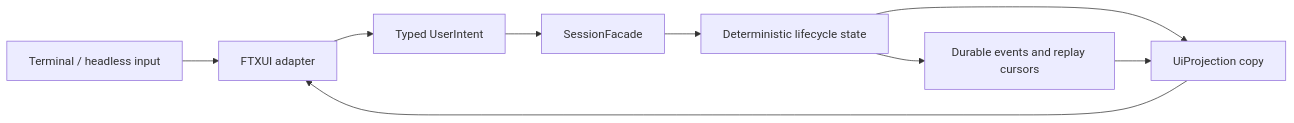
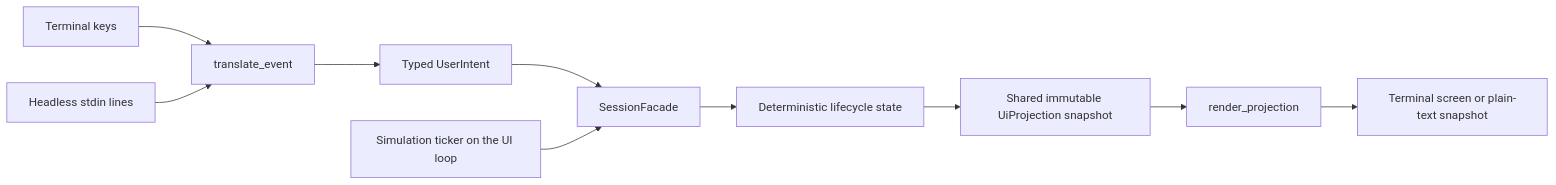
Before and after one commit to eliziario/bernstein: the diagram in docs/tui-results.md, drawn with Mermaid. The commit also changed other lines of this file and 19 other files, not shown here.

Commit message:
Apply TUI review fixes and shared projection snapshots

````diff
--- a/docs/tui-results.md
+++ b/docs/tui-results.md
@@ -13,11 +15,12 @@
 ```mermaid
 flowchart LR
-    Terminal[Terminal / headless input] --> Adapter[FTXUI adapter]
-    Adapter --> Intent[Typed UserIntent]
+    Terminal[Terminal keys] --> Translate[translate_event]
+    Stdin[Headless stdin lines] --> Translate
+    Translate --> Intent[Typed UserIntent]
     Intent --> Facade[SessionFacade]
+    Ticker[Simulation ticker on the UI loop] --> Facade
     Facade --> State[Deterministic lifecycle state]
-    State --> Projection[UiProjection copy]
-    Projection --> Adapter
-    State --> Events[Durable events and replay cursors]
-    Events --> Projection
+    State --> Projection[Shared immutable UiProjection snapshot]
+    Projection --> View[render_projection]
+    View --> Screen[Terminal screen or plain-text snapshot]
 ```
````
